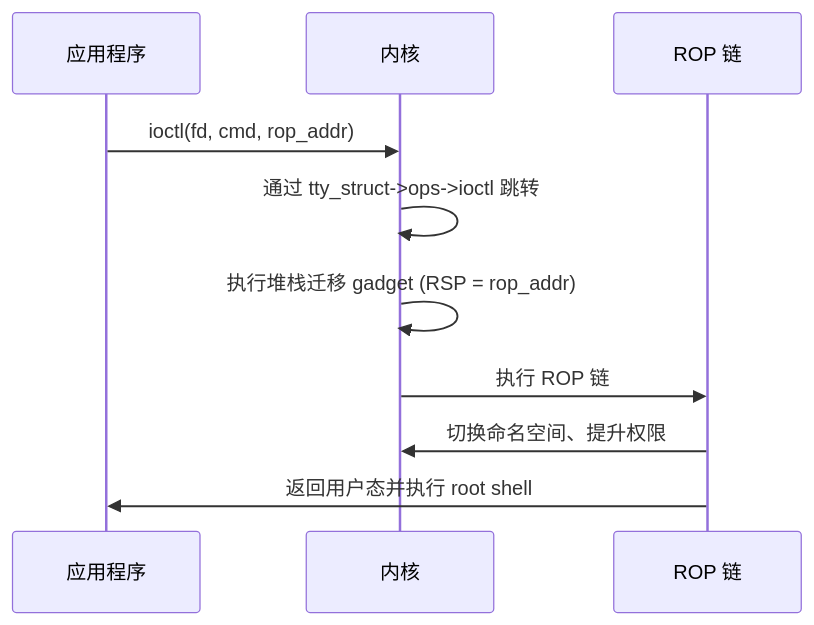
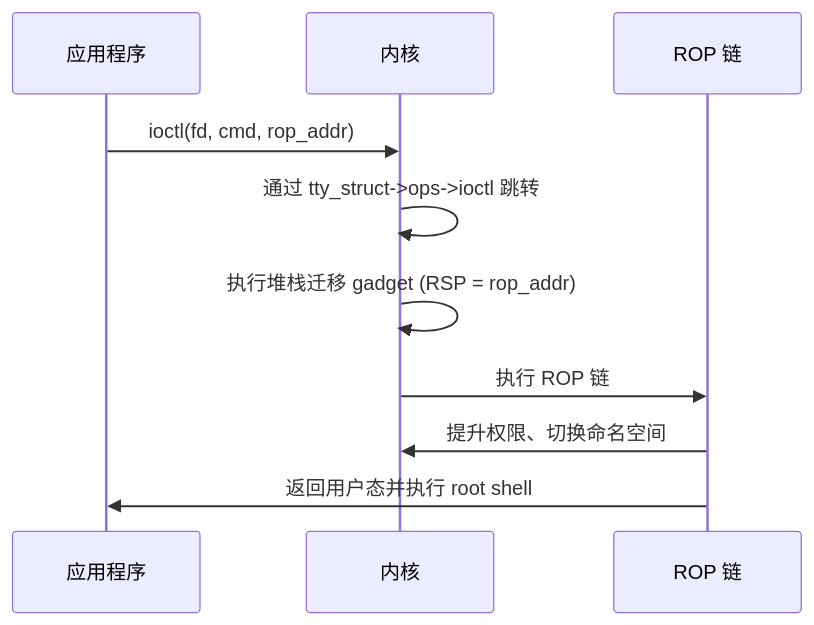
Before and after one commit to BinRacer/BinRacer.github.io: diagram 19 of 19 in _posts/2026-05-31-KernelExploit-CVE-2021-41073.md, drawn with Mermaid. The commit also changed other lines of this file and 1 other file, not shown here.

Commit message:
update 【Kernel Exploit】CVE-2021-41073 漏洞分析

````diff
--- a/_posts/2026-05-31-KernelExploit-CVE-2021-41073.md
+++ b/_posts/2026-05-31-KernelExploit-CVE-2021-41073.md
@@ -2327,13 +2327,13 @@
 ```mermaid
 sequenceDiagram
     participant App as 应用程序
     participant Kernel as 内核
     participant ROP as ROP 链
 
     App->>Kernel: ioctl(fd, cmd, rop_addr)
     Kernel->>Kernel: 通过 tty_struct->ops->ioctl 跳转
     Kernel->>Kernel: 执行堆栈迁移 gadget (RSP = rop_addr)
     Kernel->>ROP: 执行 ROP 链
-    ROP->>Kernel: 切换命名空间、提升权限
+    ROP->>Kernel: 提升权限、切换命名空间
     ROP->>App: 返回用户态并执行 root shell
 ```
````
